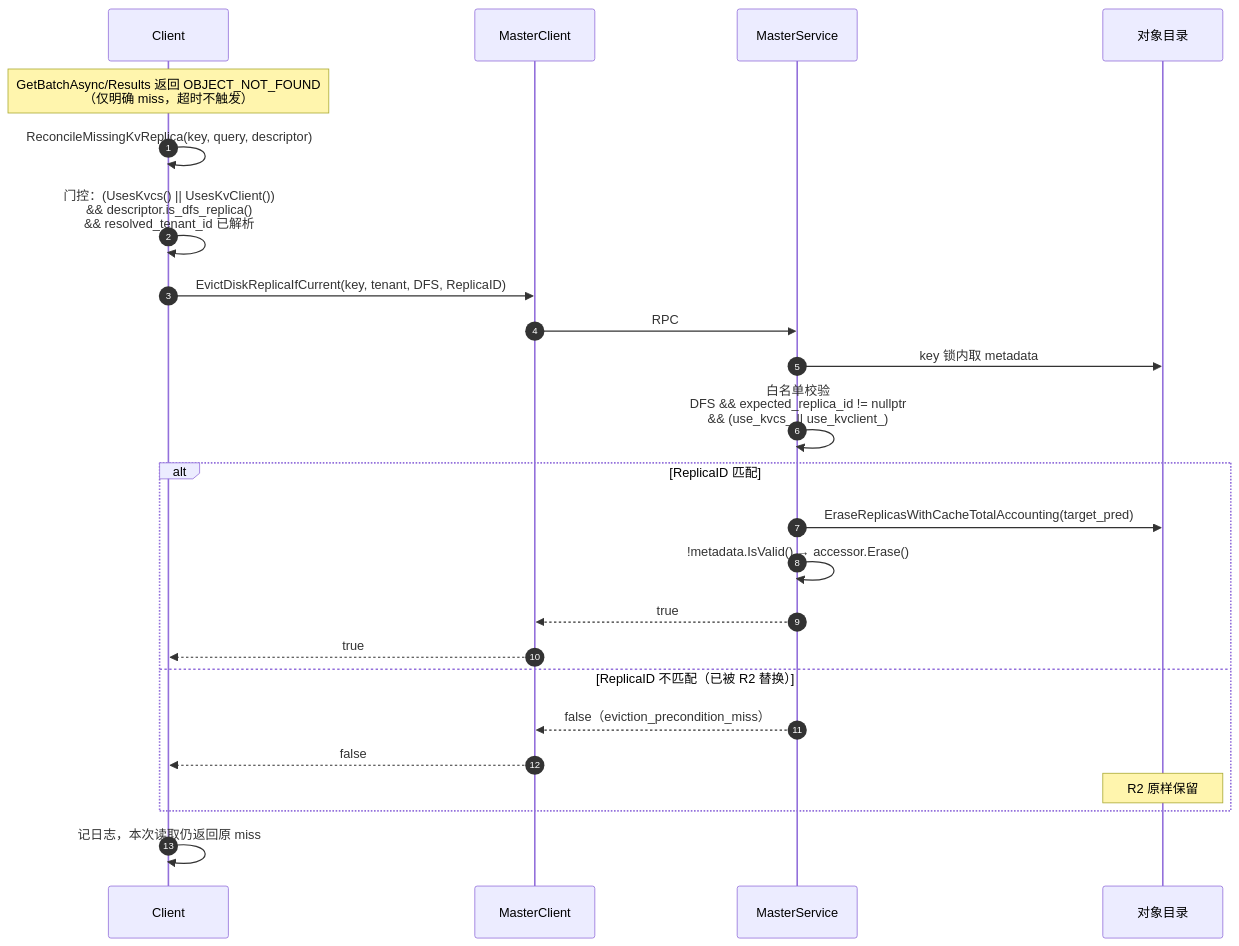
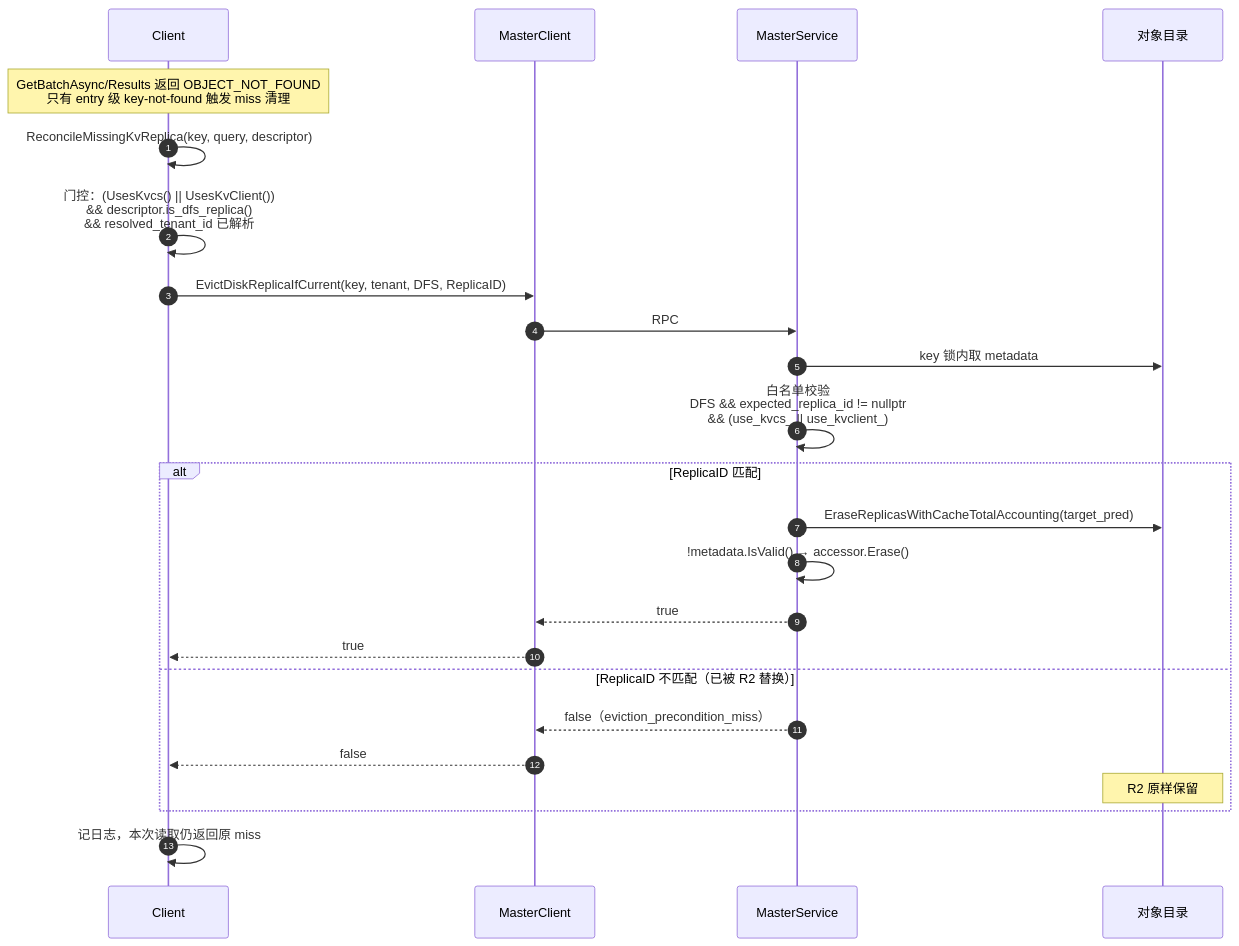
One commit to zwj20000328-dotcom/Mooncake-documents changed diagram 12 of 13 in Mooncake + KVClient L3 接入（Kvcs）- v3.md. Above: the diagram before and after it, drawn with Mermaid. The commit also changed other lines of this file and 2 other files, not shown here.

````diff
--- a/Mooncake + KVClient L3 接入（Kvcs）- v3.md
+++ b/Mooncake + KVClient L3 接入（Kvcs）- v3.md
@@ -738,27 +736,27 @@
 ```mermaid
 sequenceDiagram
     autonumber
     participant C as Client
     participant MC as MasterClient
     participant M as MasterService
     participant META as 对象目录
 
-    Note over C: GetBatchAsync/Results 返回 OBJECT_NOT_FOUND<br/>（仅明确 miss，超时不触发）
+    Note over C: GetBatchAsync/Results 返回 OBJECT_NOT_FOUND<br/>只有 entry 级 key-not-found 触发 miss 清理
     C->>C: ReconcileMissingKvReplica(key, query, descriptor)
     C->>C: 门控：(UsesKvcs() || UsesKvClient())<br/>&& descriptor.is_dfs_replica()<br/>&& resolved_tenant_id 已解析
     C->>MC: EvictDiskReplicaIfCurrent(key, tenant, DFS, ReplicaID)
     MC->>M: RPC
     M->>META: key 锁内取 metadata
     M->>M: 白名单校验<br/>DFS && expected_replica_id != nullptr<br/>&& (use_kvcs_ || use_kvclient_)
     alt ReplicaID 匹配
         M->>META: EraseReplicasWithCacheTotalAccounting(target_pred)
         M->>M: !metadata.IsValid() → accessor.Erase()
         M-->>MC: true
         MC-->>C: true
     else ReplicaID 不匹配（已被 R2 替换）
         M-->>MC: false（eviction_precondition_miss）
         MC-->>C: false
         Note over META: R2 原样保留
     end
     C->>C: 记日志，本次读取仍返回原 miss
 ```
````
